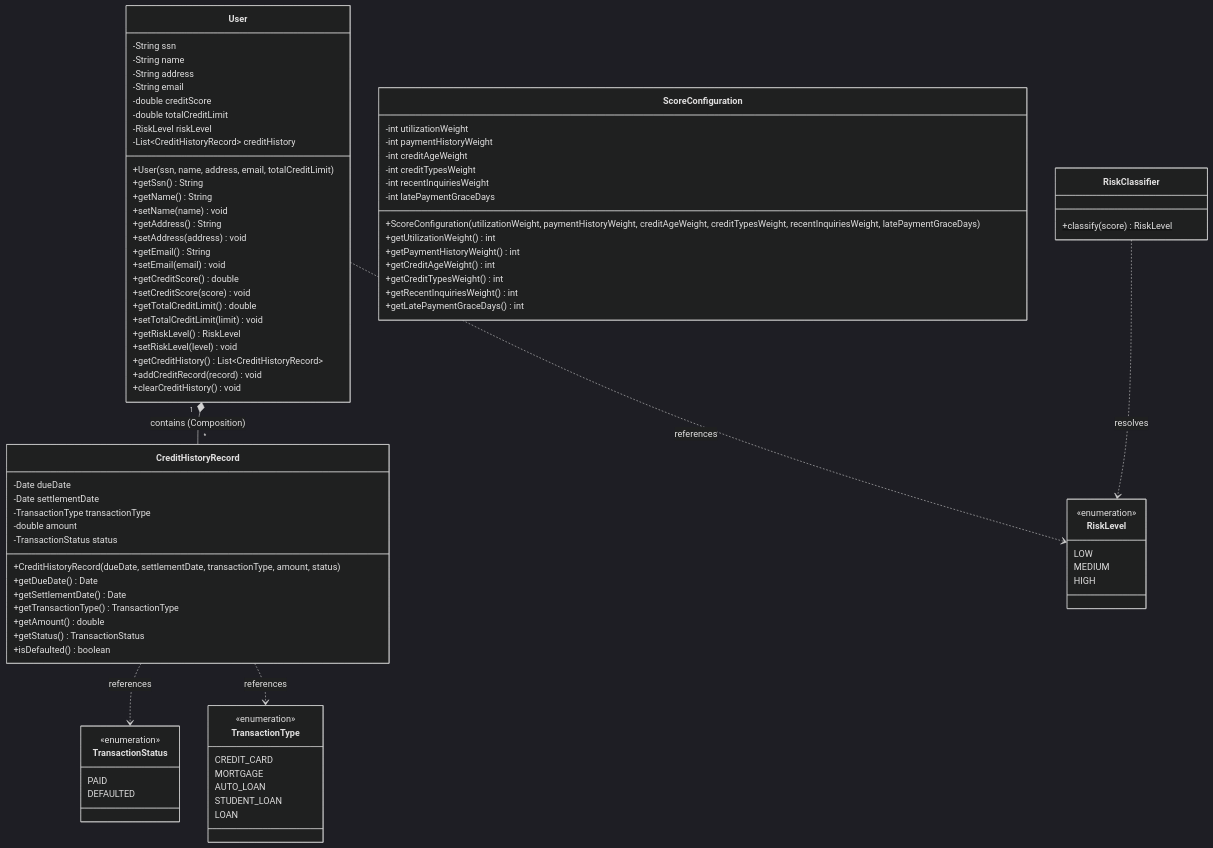
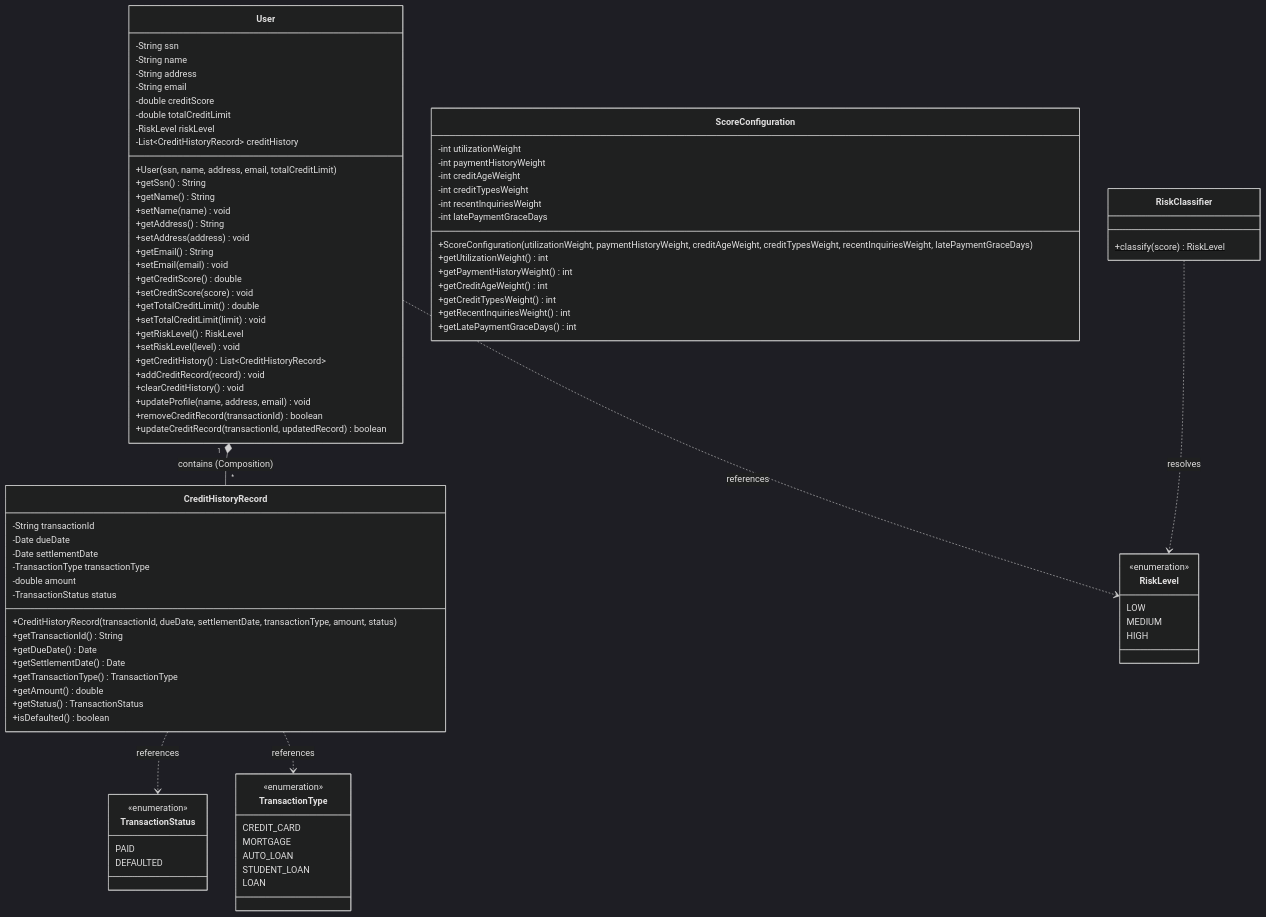
One commit to Pinkylml/CreditScoreManagement changed the diagram in docs/03_domain_model.md. Above: the diagram before and after it, drawn with Mermaid (dark theme). The commit also changed other lines of this file and 3 other files, not shown here.

```diff
--- a/docs/03_domain_model.md
+++ b/docs/03_domain_model.md
@@ -36,15 +36,20 @@
         +getCreditHistory() List~CreditHistoryRecord~
         +addCreditRecord(record) void
         +clearCreditHistory() void
+        +updateProfile(name, address, email) void
+        +removeCreditRecord(transactionId) boolean
+        +updateCreditRecord(transactionId, updatedRecord) boolean
     }
 
     class CreditHistoryRecord {
+        -String transactionId
         -Date dueDate
         -Date settlementDate
         -TransactionType transactionType
         -double amount
         -TransactionStatus status
-        +CreditHistoryRecord(dueDate, settlementDate, transactionType, amount, status)
+        +CreditHistoryRecord(transactionId, dueDate, settlementDate, transactionType, amount, status)
+        +getTransactionId() String
         +getDueDate() Date
         +getSettlementDate() Date
         +getTransactionType() TransactionType
```
